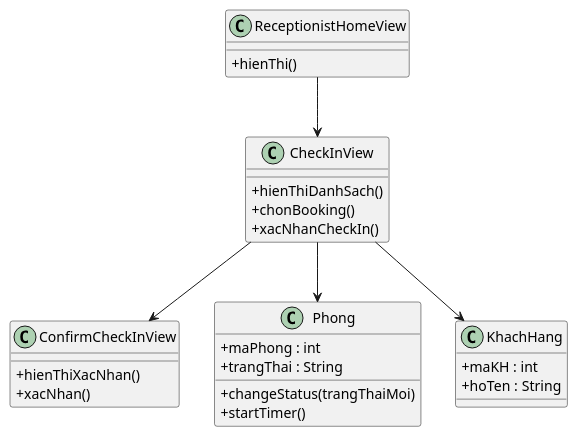
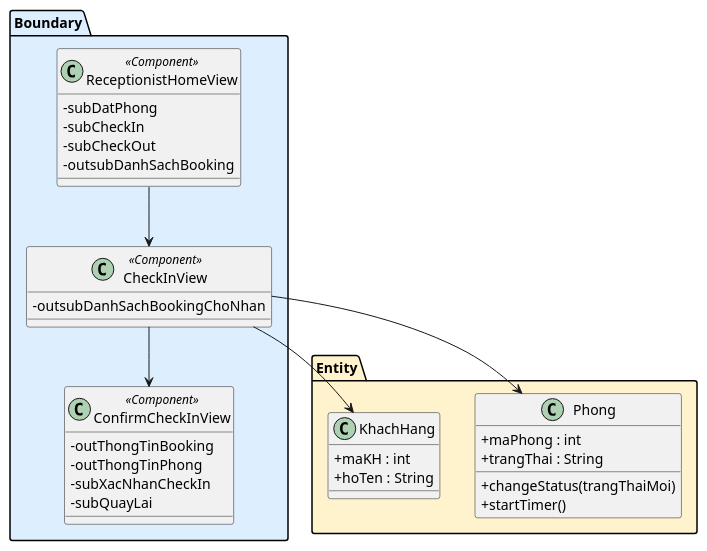
The third of 8 diagrams in docs/tabs/section-booking-ii.3-2.4.md (thanhtrnnn/cnpm), drawn with PlantUML before and after one commit. The commit also changed other lines of this file and 5 other files, not shown here.

First line of the commit message:
fix: BCE analysis diagrams - Boundary classes have attributes only, Entity classes keep methods

````diff
--- a/docs/tabs/section-booking-ii.3-2.4.md
+++ b/docs/tabs/section-booking-ii.3-2.4.md
@@ -146,37 +166,44 @@
 ```plantuml
 @startuml
 skinparam classAttributeIconSize 0
 
-class ReceptionistHomeView {
-  +hienThi()
+package "Boundary" #DDEEFF {
+  class ReceptionistHomeView <<Component>> {
+    -subDatPhong
+    -subCheckIn
+    -subCheckOut
+    -outsubDanhSachBooking
+  }
+
+  class CheckInView <<Component>> {
+    -outsubDanhSachBookingChoNhan
+  }
+
+  class ConfirmCheckInView <<Component>> {
+    -outThongTinBooking
+    -outThongTinPhong
+    -subXacNhanCheckIn
+    -subQuayLai
+  }
 }
 
-class CheckInView {
-  +hienThiDanhSach()
-  +chonBooking()
-  +xacNhanCheckIn()
-}
+package "Entity" #FFF3CD {
+  class Phong {
+    +maPhong : int
+    +trangThai : String
+    +changeStatus(trangThaiMoi)
+    +startTimer()
+  }
 
-class ConfirmCheckInView {
-  +hienThiXacNhan()
-  +xacNhan()
-}
-
-class Phong {
-  +maPhong : int
-  +trangThai : String
-  +changeStatus(trangThaiMoi)
-  +startTimer()
-}
-
-class KhachHang {
-  +maKH : int
-  +hoTen : String
+  class KhachHang {
+    +maKH : int
+    +hoTen : String
+  }
 }
 
 ReceptionistHomeView --> CheckInView
 CheckInView --> ConfirmCheckInView
 CheckInView --> Phong
 CheckInView --> KhachHang
 @enduml
 ```
````
